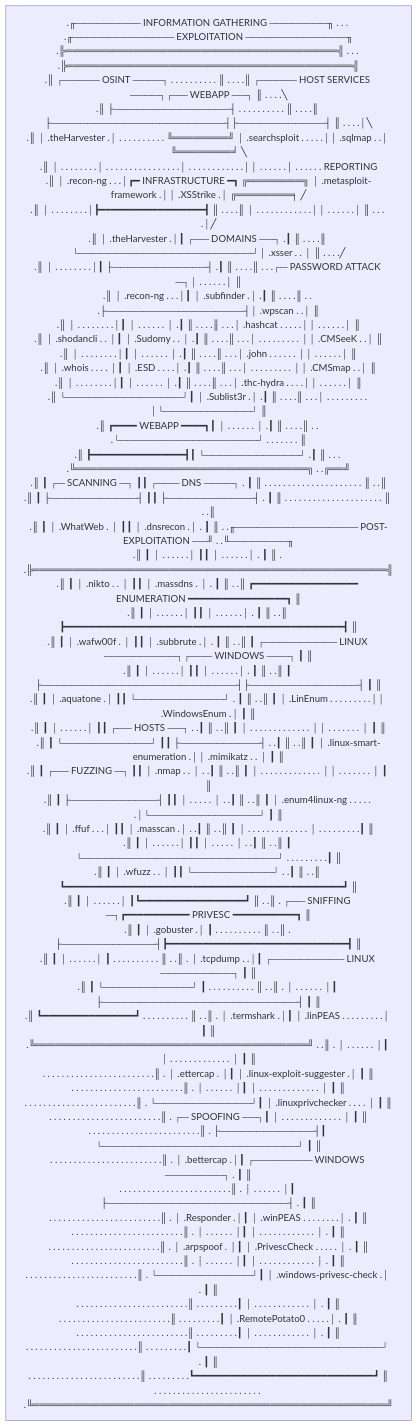
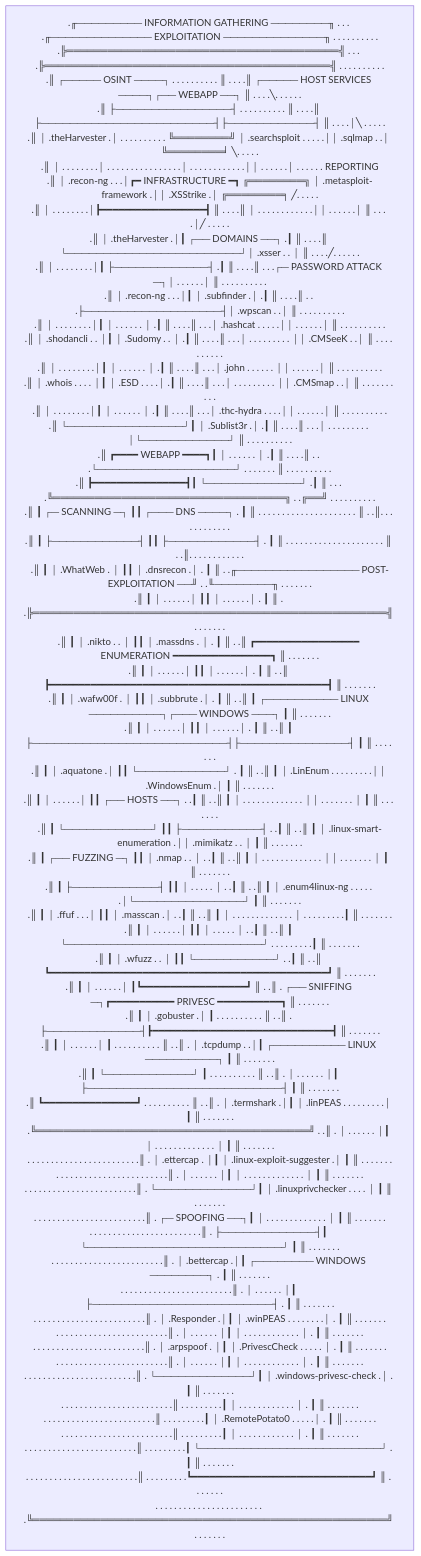
Before and after one commit to Skalyaeve/a-process: the diagram in README.md, drawn with Mermaid.

````diff
--- a/README.md
+++ b/README.md
@@ -1,64 +1,64 @@
 ```mermaid
 graph TD
 main[
-.╓───────── INFORMATION GATHERING ────────╖ . . . .╓────────────── EXPLOITATION ──────────────╖
-.╠════════════════════════════════════════╣ . . . .╠══════════════════════════════════════════╣
-.║ ┌───── OSINT ────┐ . . . . . . . . . . ║ . . . .║ ┌───── HOST SERVICES ────┐┌── WEBAPP ──┐ ║ . . . .╲
-.║ ├────────────────┤ . . . . . . . . . . ║ . . . .║ ├────────────────────────┤├────────────┤ ║ . . . .│╲
-.║ │ .theHarvester .│ . . . . . . . . . . ╚════════╝ │ .searchsploit . . . . .││ .sqlmap . .│ ╚════════╛ ╲
+.╓───────── INFORMATION GATHERING ────────╖ . . . .╓────────────── EXPLOITATION ──────────────╖ . . . . . . . . . .
+.╠════════════════════════════════════════╣ . . . .╠══════════════════════════════════════════╣ . . . . . . . . . .
+.║ ┌───── OSINT ────┐ . . . . . . . . . . ║ . . . .║ ┌───── HOST SERVICES ────┐┌── WEBAPP ──┐ ║ . . . .╲. . . . . .
+.║ ├────────────────┤ . . . . . . . . . . ║ . . . .║ ├────────────────────────┤├────────────┤ ║ . . . .│╲ . . . . .
+.║ │ .theHarvester .│ . . . . . . . . . . ╚════════╝ │ .searchsploit . . . . .││ .sqlmap . .│ ╚════════╛ ╲. . . . .
 .║ │ . . . . . . . .│ . . . . . . . . . . . . . . . .│ . . . . . . . . . . . .││ . . . . . .│ . . . . . . REPORTING
-.║ │ .recon-ng . . .│┏━ INFRASTRUCTURE ━┓ ╔════════╗ │ .metasploit-framework .││ .XSStrike .│ ╔════════╕ ╱
-.║ │ . . . . . . . .│┣━━━━━━━━━━━━━━━━━━┫ ║ . . . .║ │ . . . . . . . . . . . .││ . . . . . .│ ║ . . . .│╱
-.║ │ .theHarvester .│┃ ┌── DOMAINS ──┐ .┃ ║ . . . .║ └────────────────────────┘│ .xsser . . │ ║ . . . .╱
-.║ │ . . . . . . . .│┃ ├─────────────┤ .┃ ║ . . . .║ . . .┌─ PASSWORD ATTACK ─┐│ . . . . . .│ ║
-.║ │ .recon-ng . . .│┃ │ .subfinder .│ .┃ ║ . . . .║ . . .├───────────────────┤│ .wpscan . .│ ║
-.║ │ . . . . . . . .│┃ │ . . . . . . │ .┃ ║ . . . .║ . . .│ .hashcat . . . . .││ . . . . . .│ ║
-.║ │ .shodancli . . │┃ │ .Sudomy . . │ .┃ ║ . . . .║ . . .│ . . . . . . . . . ││ .CMSeeK . .│ ║
-.║ │ . . . . . . . .│┃ │ . . . . . . │ .┃ ║ . . . .║ . . .│ .john . . . . . . ││ . . . . . .│ ║
-.║ │ .whois . . . . │┃ │ .ESD . . . .│ .┃ ║ . . . .║ . . .│ . . . . . . . . . ││ .CMSmap . .│ ║
-.║ │ . . . . . . . .│┃ │ . . . . . . │ .┃ ║ . . . .║ . . .│ .thc-hydra . . . .││ . . . . . .│ ║
-.║ └────────────────┘┃ │ .Sublist3r .│ .┃ ║ . . . .║ . . .│ . . . . . . . . . │└────────────┘ ║
-.║ ┏━━━━ WEBAPP ━━━━┓┃ │ . . . . . . │ .┃ ║ . . . .║ . . .└───────────────────┘ . . . . . . . ║
-.║ ┣━━━━━━━━━━━━━━━━┫┃ └─────────────┘ .┃ ║ . . . .╚══════════════════════════════════╗ . .╔══╝
-.║ ┃ ┌─ SCANNING ─┐ ┃┃ ┌─── DNS ────┐ . ┃ ║ . . . . . . . . . . . . . . . . . . . . . ║ . .║
-.║ ┃ ├────────────┤ ┃┃ ├────────────┤ . ┃ ║ . . . . . . . . . . . . . . . . . . . . . ║ . .║
-.║ ┃ │ .WhatWeb . │ ┃┃ │ .dnsrecon .│ . ┃ ║ . .╓───────────────── POST-EXPLOITATION ──╜ . .╙────────╖
-.║ ┃ │ . . . . . .│ ┃┃ │ . . . . . .│ . ┃ ║ . .╠════════════════════════════════════════════════════╣
-.║ ┃ │ .nikto . . │ ┃┃ │ .massdns . │ . ┃ ║ . .║ ┏━━━━━━━━━━━━━━━━━━ ENUMERATION ━━━━━━━━━━━━━━━━━┓ ║
-.║ ┃ │ . . . . . .│ ┃┃ │ . . . . . .│ . ┃ ║ . .║ ┣━━━━━━━━━━━━━━━━━━━━━━━━━━━━━━━━━━━━━━━━━━━━━━━━┫ ║
-.║ ┃ │ .wafw00f . │ ┃┃ │ .subbrute .│ . ┃ ║ . .║ ┃ ┌────────── LINUX ──────────┐┌─── WINDOWS ───┐ ┃ ║
-.║ ┃ │ . . . . . .│ ┃┃ │ . . . . . .│ . ┃ ║ . .║ ┃ ├───────────────────────────┤├───────────────┤ ┃ ║
-.║ ┃ │ .aquatone .│ ┃┃ └────────────┘ . ┃ ║ . .║ ┃ │ .LinEnum . . . . . . . . .││ .WindowsEnum .│ ┃ ║
-.║ ┃ │ . . . . . .│ ┃┃ ┌── HOSTS ──┐ . .┃ ║ . .║ ┃ │ . . . . . . . . . . . . . ││ . . . . . . . │ ┃ ║
-.║ ┃ └────────────┘ ┃┃ ├───────────┤ . .┃ ║ . .║ ┃ │ .linux-smart-enumeration .││ .mimikatz . . │ ┃ ║
-.║ ┃ ┌── FUZZING ─┐ ┃┃ │ .nmap . . │ . .┃ ║ . .║ ┃ │ . . . . . . . . . . . . . ││ . . . . . . . │ ┃ ║
-.║ ┃ ├────────────┤ ┃┃ │ . . . . . │ . .┃ ║ . .║ ┃ │ .enum4linux-ng . . . . . .│└───────────────┘ ┃ ║
-.║ ┃ │ .ffuf . . .│ ┃┃ │ .masscan .│ . .┃ ║ . .║ ┃ │ . . . . . . . . . . . . . │ . . . . . . . . .┃ ║
-.║ ┃ │ . . . . . .│ ┃┃ │ . . . . . │ . .┃ ║ . .║ ┃ └───────────────────────────┘ . . . . . . . . .┃ ║
-.║ ┃ │ .wfuzz . . │ ┃┃ └───────────┘ . .┃ ║ . .║ ┗━━━━━━━━━━━━━━━━━━━━━━━━━━━━━━━━━━━━━━━━━━━━━━━━┛ ║
-.║ ┃ │ . . . . . .│ ┃┗━━━━━━━━━━━━━━━━━━┛ ║ . .║ . ┌── SNIFFING ─┐┏━━━━━━━━━━━ PRIVESC ━━━━━━━━━━━┓ ║
-.║ ┃ │ .gobuster .│ ┃ . . . . . . . . . . ║ . .║ . ├─────────────┤┣━━━━━━━━━━━━━━━━━━━━━━━━━━━━━━━┫ ║
-.║ ┃ │ . . . . . .│ ┃ . . . . . . . . . . ║ . .║ . │ .tcpdump . .│┃ ┌────────── LINUX ──────────┐ ┃ ║
-.║ ┃ └────────────┘ ┃ . . . . . . . . . . ║ . .║ . │ . . . . . . │┃ ├───────────────────────────┤ ┃ ║
-.║ ┗━━━━━━━━━━━━━━━━┛ . . . . . . . . . . ║ . .║ . │ .termshark .│┃ │ .linPEAS . . . . . . . . .│ ┃ ║
-.╚════════════════════════════════════════╝ . .║ . │ . . . . . . │┃ │ . . . . . . . . . . . . . │ ┃ ║
-. . . . . . . . . . . . . . . . . . . . . . . .║ . │ .ettercap . │┃ │ .linux-exploit-suggester .│ ┃ ║
-. . . . . . . . . . . . . . . . . . . . . . . .║ . │ . . . . . . │┃ │ . . . . . . . . . . . . . │ ┃ ║
-. . . . . . . . . . . . . . . . . . . . . . . .║ . └─────────────┘┃ │ .linuxprivchecker . . . . │ ┃ ║
-. . . . . . . . . . . . . . . . . . . . . . . .║ . ┌─ SPOOFING ──┐┃ │ . . . . . . . . . . . . . │ ┃ ║
-. . . . . . . . . . . . . . . . . . . . . . . .║ . ├─────────────┤┃ └───────────────────────────┘ ┃ ║
-. . . . . . . . . . . . . . . . . . . . . . . .║ . │ .bettercap .│┃ ┌──────── WINDOWS ────────┐ . ┃ ║
-. . . . . . . . . . . . . . . . . . . . . . . .║ . │ . . . . . . │┃ ├─────────────────────────┤ . ┃ ║
-. . . . . . . . . . . . . . . . . . . . . . . .║ . │ .Responder .│┃ │ .winPEAS . . . . . . . .│ . ┃ ║
-. . . . . . . . . . . . . . . . . . . . . . . .║ . │ . . . . . . │┃ │ . . . . . . . . . . . . │ . ┃ ║
-. . . . . . . . . . . . . . . . . . . . . . . .║ . │ .arpspoof . │┃ │ .PrivescCheck . . . . . │ . ┃ ║
-. . . . . . . . . . . . . . . . . . . . . . . .║ . │ . . . . . . │┃ │ . . . . . . . . . . . . │ . ┃ ║
-. . . . . . . . . . . . . . . . . . . . . . . .║ . └─────────────┘┃ │ .windows-privesc-check .│ . ┃ ║
-. . . . . . . . . . . . . . . . . . . . . . . .║ . . . . . . . . .┃ │ . . . . . . . . . . . . │ . ┃ ║
-. . . . . . . . . . . . . . . . . . . . . . . .║ . . . . . . . . .┃ │ .RemotePotato0 . . . . .│ . ┃ ║
-. . . . . . . . . . . . . . . . . . . . . . . .║ . . . . . . . . .┃ │ . . . . . . . . . . . . │ . ┃ ║
-. . . . . . . . . . . . . . . . . . . . . . . .║ . . . . . . . . .┃ └─────────────────────────┘ . ┃ ║
-. . . . . . . . . . . . . . . . . . . . . . . .║ . . . . . . . . .┗━━━━━━━━━━━━━━━━━━━━━━━━━━━━━━━┛ ║
-. . . . . . . . . . . . . . . . . . . . . . . .╚════════════════════════════════════════════════════╝
+.║ │ .recon-ng . . .│┏━ INFRASTRUCTURE ━┓ ╔════════╗ │ .metasploit-framework .││ .XSStrike .│ ╔════════╕ ╱. . . . .
+.║ │ . . . . . . . .│┣━━━━━━━━━━━━━━━━━━┫ ║ . . . .║ │ . . . . . . . . . . . .││ . . . . . .│ ║ . . . .│╱ . . . . .
+.║ │ .theHarvester .│┃ ┌── DOMAINS ──┐ .┃ ║ . . . .║ └────────────────────────┘│ .xsser . . │ ║ . . . .╱. . . . . .
+.║ │ . . . . . . . .│┃ ├─────────────┤ .┃ ║ . . . .║ . . .┌─ PASSWORD ATTACK ─┐│ . . . . . .│ ║ . . . . . . . . . .
+.║ │ .recon-ng . . .│┃ │ .subfinder .│ .┃ ║ . . . .║ . . .├───────────────────┤│ .wpscan . .│ ║ . . . . . . . . . .
+.║ │ . . . . . . . .│┃ │ . . . . . . │ .┃ ║ . . . .║ . . .│ .hashcat . . . . .││ . . . . . .│ ║ . . . . . . . . . .
+.║ │ .shodancli . . │┃ │ .Sudomy . . │ .┃ ║ . . . .║ . . .│ . . . . . . . . . ││ .CMSeeK . .│ ║ . . . . . . . . . .
+.║ │ . . . . . . . .│┃ │ . . . . . . │ .┃ ║ . . . .║ . . .│ .john . . . . . . ││ . . . . . .│ ║ . . . . . . . . . .
+.║ │ .whois . . . . │┃ │ .ESD . . . .│ .┃ ║ . . . .║ . . .│ . . . . . . . . . ││ .CMSmap . .│ ║ . . . . . . . . . .
+.║ │ . . . . . . . .│┃ │ . . . . . . │ .┃ ║ . . . .║ . . .│ .thc-hydra . . . .││ . . . . . .│ ║ . . . . . . . . . .
+.║ └────────────────┘┃ │ .Sublist3r .│ .┃ ║ . . . .║ . . .│ . . . . . . . . . │└────────────┘ ║ . . . . . . . . . .
+.║ ┏━━━━ WEBAPP ━━━━┓┃ │ . . . . . . │ .┃ ║ . . . .║ . . .└───────────────────┘ . . . . . . . ║ . . . . . . . . . .
+.║ ┣━━━━━━━━━━━━━━━━┫┃ └─────────────┘ .┃ ║ . . . .╚══════════════════════════════════╗ . .╔══╝ . . . . . . . . . .
+.║ ┃ ┌─ SCANNING ─┐ ┃┃ ┌─── DNS ────┐ . ┃ ║ . . . . . . . . . . . . . . . . . . . . . ║ . .║. . . . . . . . . . . .
+.║ ┃ ├────────────┤ ┃┃ ├────────────┤ . ┃ ║ . . . . . . . . . . . . . . . . . . . . . ║ . .║. . . . . . . . . . . .
+.║ ┃ │ .WhatWeb . │ ┃┃ │ .dnsrecon .│ . ┃ ║ . .╓───────────────── POST-EXPLOITATION ──╜ . .╙────────╖ . . . . . . .
+.║ ┃ │ . . . . . .│ ┃┃ │ . . . . . .│ . ┃ ║ . .╠════════════════════════════════════════════════════╣ . . . . . . .
+.║ ┃ │ .nikto . . │ ┃┃ │ .massdns . │ . ┃ ║ . .║ ┏━━━━━━━━━━━━━━━━━━ ENUMERATION ━━━━━━━━━━━━━━━━━┓ ║ . . . . . . .
+.║ ┃ │ . . . . . .│ ┃┃ │ . . . . . .│ . ┃ ║ . .║ ┣━━━━━━━━━━━━━━━━━━━━━━━━━━━━━━━━━━━━━━━━━━━━━━━━┫ ║ . . . . . . .
+.║ ┃ │ .wafw00f . │ ┃┃ │ .subbrute .│ . ┃ ║ . .║ ┃ ┌────────── LINUX ──────────┐┌─── WINDOWS ───┐ ┃ ║ . . . . . . .
+.║ ┃ │ . . . . . .│ ┃┃ │ . . . . . .│ . ┃ ║ . .║ ┃ ├───────────────────────────┤├───────────────┤ ┃ ║ . . . . . . .
+.║ ┃ │ .aquatone .│ ┃┃ └────────────┘ . ┃ ║ . .║ ┃ │ .LinEnum . . . . . . . . .││ .WindowsEnum .│ ┃ ║ . . . . . . .
+.║ ┃ │ . . . . . .│ ┃┃ ┌── HOSTS ──┐ . .┃ ║ . .║ ┃ │ . . . . . . . . . . . . . ││ . . . . . . . │ ┃ ║ . . . . . . .
+.║ ┃ └────────────┘ ┃┃ ├───────────┤ . .┃ ║ . .║ ┃ │ .linux-smart-enumeration .││ .mimikatz . . │ ┃ ║ . . . . . . .
+.║ ┃ ┌── FUZZING ─┐ ┃┃ │ .nmap . . │ . .┃ ║ . .║ ┃ │ . . . . . . . . . . . . . ││ . . . . . . . │ ┃ ║ . . . . . . .
+.║ ┃ ├────────────┤ ┃┃ │ . . . . . │ . .┃ ║ . .║ ┃ │ .enum4linux-ng . . . . . .│└───────────────┘ ┃ ║ . . . . . . .
+.║ ┃ │ .ffuf . . .│ ┃┃ │ .masscan .│ . .┃ ║ . .║ ┃ │ . . . . . . . . . . . . . │ . . . . . . . . .┃ ║ . . . . . . .
+.║ ┃ │ . . . . . .│ ┃┃ │ . . . . . │ . .┃ ║ . .║ ┃ └───────────────────────────┘ . . . . . . . . .┃ ║ . . . . . . .
+.║ ┃ │ .wfuzz . . │ ┃┃ └───────────┘ . .┃ ║ . .║ ┗━━━━━━━━━━━━━━━━━━━━━━━━━━━━━━━━━━━━━━━━━━━━━━━━┛ ║ . . . . . . .
+.║ ┃ │ . . . . . .│ ┃┗━━━━━━━━━━━━━━━━━━┛ ║ . .║ . ┌── SNIFFING ─┐┏━━━━━━━━━━━ PRIVESC ━━━━━━━━━━━┓ ║ . . . . . . .
+.║ ┃ │ .gobuster .│ ┃ . . . . . . . . . . ║ . .║ . ├─────────────┤┣━━━━━━━━━━━━━━━━━━━━━━━━━━━━━━━┫ ║ . . . . . . .
+.║ ┃ │ . . . . . .│ ┃ . . . . . . . . . . ║ . .║ . │ .tcpdump . .│┃ ┌────────── LINUX ──────────┐ ┃ ║ . . . . . . .
+.║ ┃ └────────────┘ ┃ . . . . . . . . . . ║ . .║ . │ . . . . . . │┃ ├───────────────────────────┤ ┃ ║ . . . . . . .
+.║ ┗━━━━━━━━━━━━━━━━┛ . . . . . . . . . . ║ . .║ . │ .termshark .│┃ │ .linPEAS . . . . . . . . .│ ┃ ║ . . . . . . .
+.╚════════════════════════════════════════╝ . .║ . │ . . . . . . │┃ │ . . . . . . . . . . . . . │ ┃ ║ . . . . . . .
+. . . . . . . . . . . . . . . . . . . . . . . .║ . │ .ettercap . │┃ │ .linux-exploit-suggester .│ ┃ ║ . . . . . . .
+. . . . . . . . . . . . . . . . . . . . . . . .║ . │ . . . . . . │┃ │ . . . . . . . . . . . . . │ ┃ ║ . . . . . . .
+. . . . . . . . . . . . . . . . . . . . . . . .║ . └─────────────┘┃ │ .linuxprivchecker . . . . │ ┃ ║ . . . . . . .
+. . . . . . . . . . . . . . . . . . . . . . . .║ . ┌─ SPOOFING ──┐┃ │ . . . . . . . . . . . . . │ ┃ ║ . . . . . . .
+. . . . . . . . . . . . . . . . . . . . . . . .║ . ├─────────────┤┃ └───────────────────────────┘ ┃ ║ . . . . . . .
+. . . . . . . . . . . . . . . . . . . . . . . .║ . │ .bettercap .│┃ ┌──────── WINDOWS ────────┐ . ┃ ║ . . . . . . .
+. . . . . . . . . . . . . . . . . . . . . . . .║ . │ . . . . . . │┃ ├─────────────────────────┤ . ┃ ║ . . . . . . .
+. . . . . . . . . . . . . . . . . . . . . . . .║ . │ .Responder .│┃ │ .winPEAS . . . . . . . .│ . ┃ ║ . . . . . . .
+. . . . . . . . . . . . . . . . . . . . . . . .║ . │ . . . . . . │┃ │ . . . . . . . . . . . . │ . ┃ ║ . . . . . . .
+. . . . . . . . . . . . . . . . . . . . . . . .║ . │ .arpspoof . │┃ │ .PrivescCheck . . . . . │ . ┃ ║ . . . . . . .
+. . . . . . . . . . . . . . . . . . . . . . . .║ . │ . . . . . . │┃ │ . . . . . . . . . . . . │ . ┃ ║ . . . . . . .
+. . . . . . . . . . . . . . . . . . . . . . . .║ . └─────────────┘┃ │ .windows-privesc-check .│ . ┃ ║ . . . . . . .
+. . . . . . . . . . . . . . . . . . . . . . . .║ . . . . . . . . .┃ │ . . . . . . . . . . . . │ . ┃ ║ . . . . . . .
+. . . . . . . . . . . . . . . . . . . . . . . .║ . . . . . . . . .┃ │ .RemotePotato0 . . . . .│ . ┃ ║ . . . . . . .
+. . . . . . . . . . . . . . . . . . . . . . . .║ . . . . . . . . .┃ │ . . . . . . . . . . . . │ . ┃ ║ . . . . . . .
+. . . . . . . . . . . . . . . . . . . . . . . .║ . . . . . . . . .┃ └─────────────────────────┘ . ┃ ║ . . . . . . .
+. . . . . . . . . . . . . . . . . . . . . . . .║ . . . . . . . . .┗━━━━━━━━━━━━━━━━━━━━━━━━━━━━━━━┛ ║ . . . . . . .
+. . . . . . . . . . . . . . . . . . . . . . . .╚════════════════════════════════════════════════════╝ . . . . . . .
 ]
 ```
````
